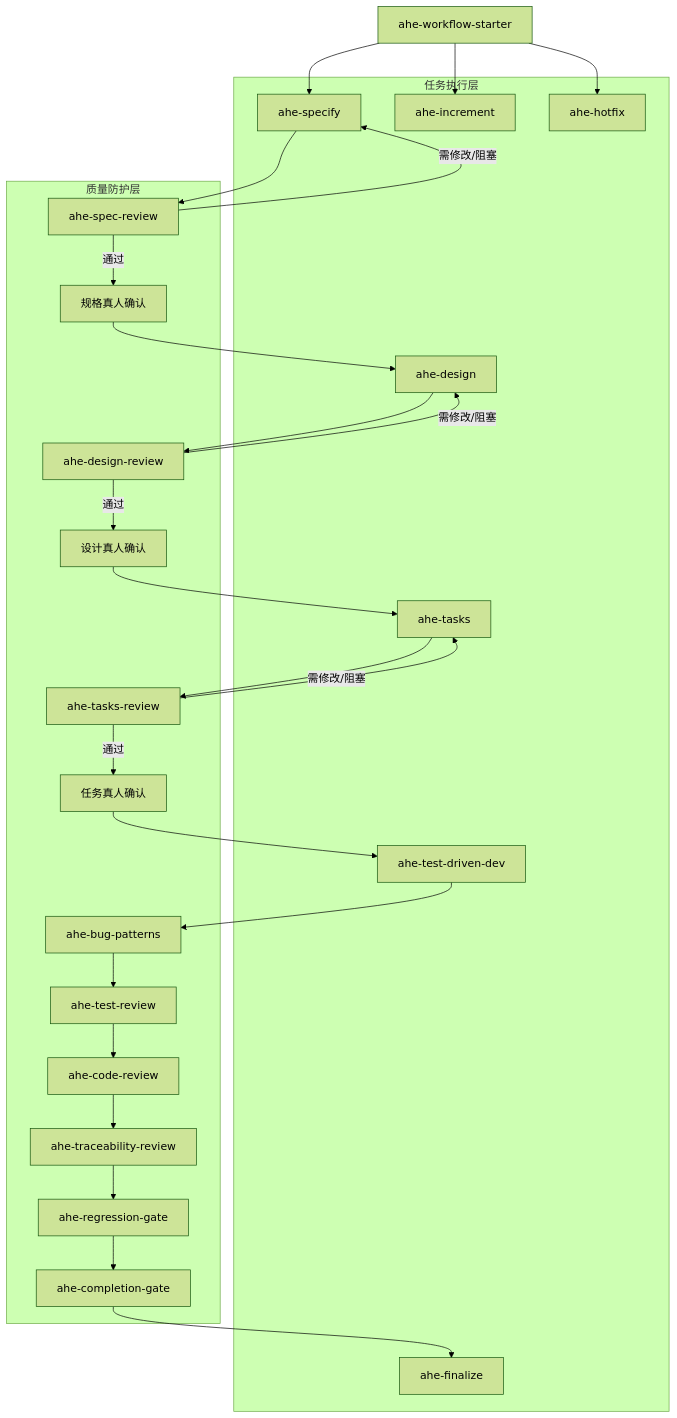
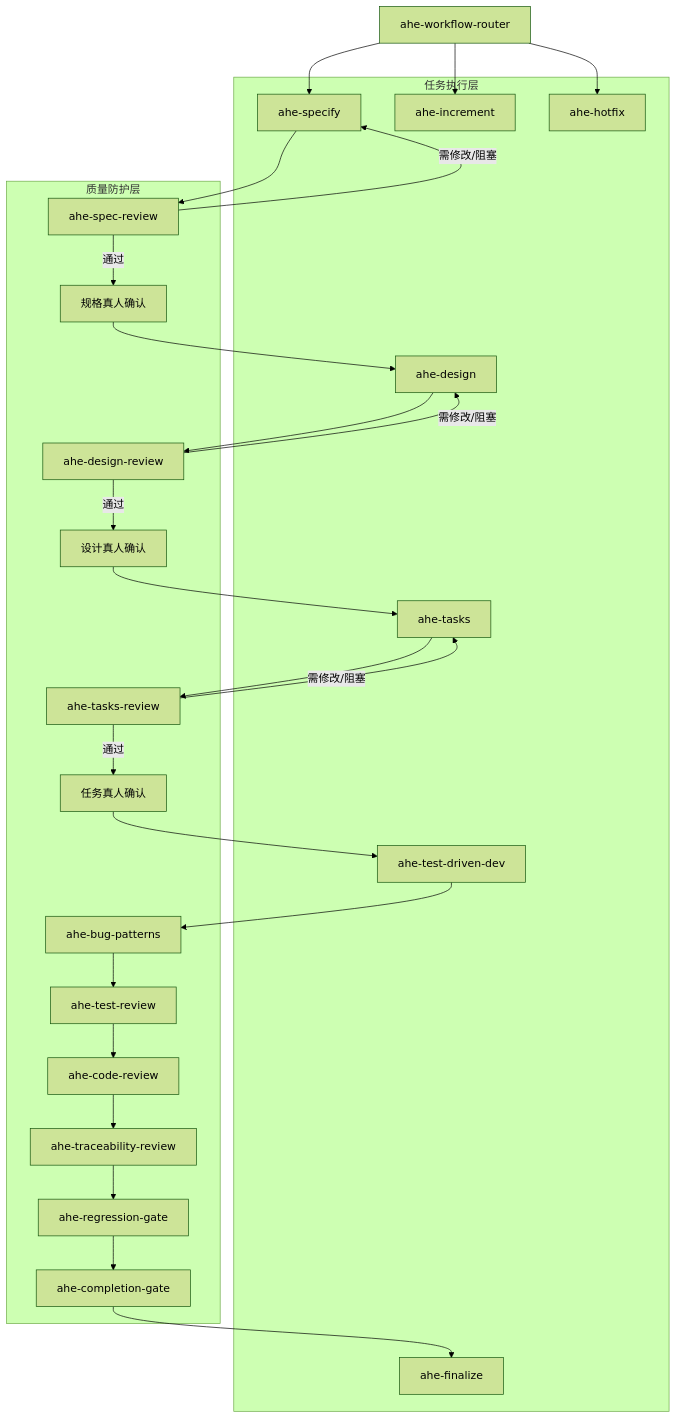
One commit to hujianbest/awesome-harness changed the first of 3 diagrams in skills/ahe-skills-design.md. Above: the diagram before and after it, drawn with Mermaid (forest theme). The commit also changed other lines of this file and 62 other files, not shown here.

First line of the commit message:
完成 starter 退场并收口 router-era 契约

````diff
--- a/skills/ahe-skills-design.md
+++ b/skills/ahe-skills-design.md
@@ -120,53 +122,53 @@
 ```mermaid
 flowchart TD
-    starter[ahe-workflow-starter]
+    router[ahe-workflow-router]
 
     subgraph executionLayer [任务执行层]
         workSpecify[ahe-specify]
         workDesign[ahe-design]
         workTasks[ahe-tasks]
         workImplement[ahe-test-driven-dev]
         workIncrement[ahe-increment]
         workHotfix[ahe-hotfix]
         workFinalize[ahe-finalize]
     end
 
     subgraph qualityLayer [质量防护层]
         specReview[ahe-spec-review]
         specConfirm[规格真人确认]
         designReview[ahe-design-review]
         designConfirm[设计真人确认]
         tasksReview[ahe-tasks-review]
         tasksConfirm[任务真人确认]
         bugPatterns[ahe-bug-patterns]
         testReview[ahe-test-review]
         codeReview[ahe-code-review]
         traceabilityReview[ahe-traceability-review]
         regressionGate[ahe-regression-gate]
         completionGate[ahe-completion-gate]
     end
 
-    starter --> workSpecify
+    router --> workSpecify
     workSpecify --> specReview
     specReview -->|通过| specConfirm
     specReview -->|需修改/阻塞| workSpecify
     specConfirm --> workDesign
     workDesign --> designReview
     designReview -->|通过| designConfirm
     designReview -->|需修改/阻塞| workDesign
     designConfirm --> workTasks
     workTasks --> tasksReview
     tasksReview -->|通过| tasksConfirm
     tasksReview -->|需修改/阻塞| workTasks
     tasksConfirm --> workImplement
     workImplement --> bugPatterns
     bugPatterns --> testReview
     testReview --> codeReview
     codeReview --> traceabilityReview
     traceabilityReview --> regressionGate
     regressionGate --> completionGate
     completionGate --> workFinalize
 
-    starter --> workIncrement
-    starter --> workHotfix
+    router --> workIncrement
+    router --> workHotfix
 ```
````
